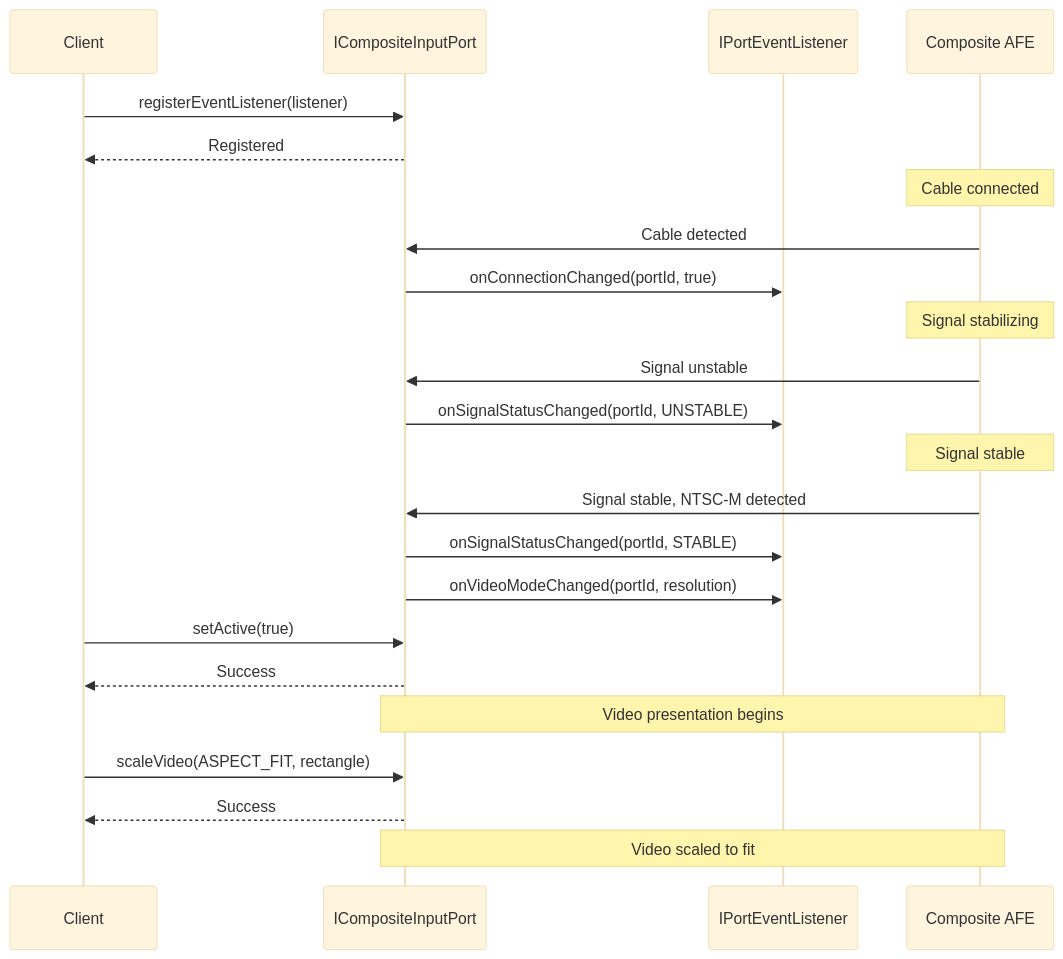
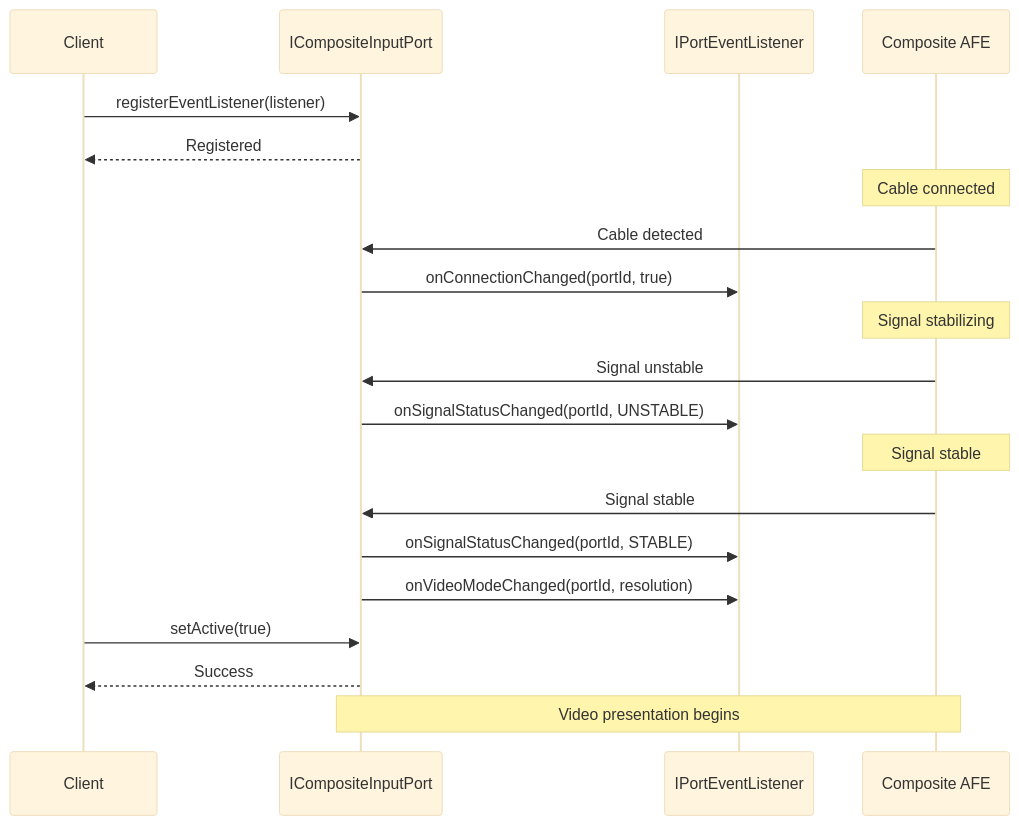
Before and after one commit to rdkcentral/rdk-halif-aidl: the second of 4 diagrams in docs/halif/composite_input/current/composite_input.md, drawn with Mermaid (base theme). The commit also changed other lines of this file and 6 other files, not shown here.

````diff
--- a/docs/halif/composite_input/current/composite_input.md
+++ b/docs/halif/composite_input/current/composite_input.md
@@ -161,31 +152,27 @@
 ```mermaid
 sequenceDiagram
     participant Client
     participant Port as ICompositeInputPort
     participant Listener as IPortEventListener
     participant Hardware as Composite AFE
 
     Client->>Port: registerEventListener(listener)
     Port-->>Client: Registered
 
     Note over Hardware: Cable connected
     Hardware->>Port: Cable detected
     Port->>Listener: onConnectionChanged(portId, true)
 
     Note over Hardware: Signal stabilizing
     Hardware->>Port: Signal unstable
     Port->>Listener: onSignalStatusChanged(portId, UNSTABLE)
 
     Note over Hardware: Signal stable
-    Hardware->>Port: Signal stable, NTSC-M detected
+    Hardware->>Port: Signal stable
     Port->>Listener: onSignalStatusChanged(portId, STABLE)
     Port->>Listener: onVideoModeChanged(portId, resolution)
 
     Client->>Port: setActive(true)
     Port-->>Client: Success
     Note over Port,Hardware: Video presentation begins
-
-    Client->>Port: scaleVideo(ASPECT_FIT, rectangle)
-    Port-->>Client: Success
-    Note over Port,Hardware: Video scaled to fit
 ```
````
